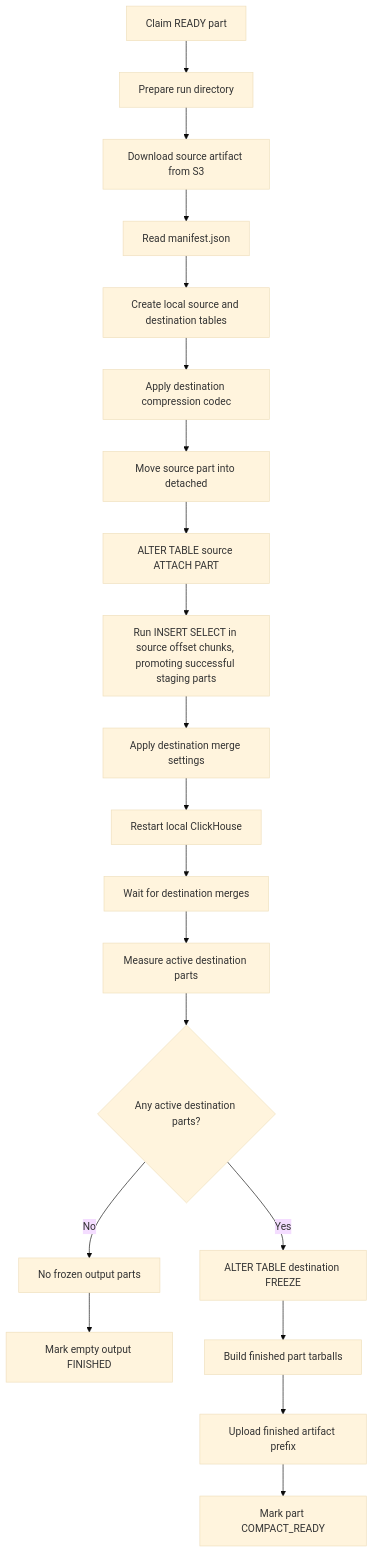
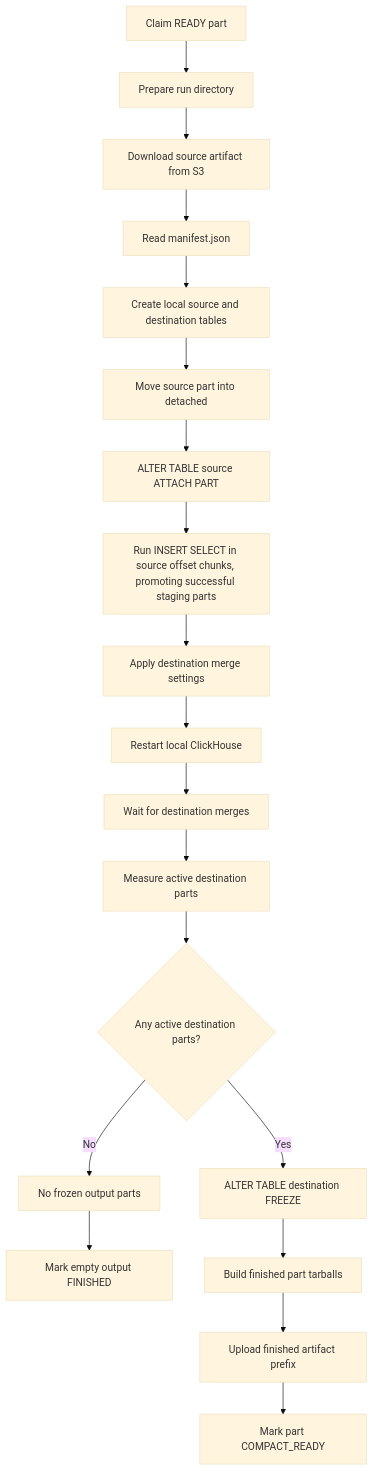
The second of 3 diagrams in docs/rewrite-flow.md (PostHog/partforge), drawn with Mermaid (base theme) before and after one commit. The commit also changed 5 other files, not shown here.

Commit message:
Apply default compression codec override only during compaction

````diff
--- a/docs/rewrite-flow.md
+++ b/docs/rewrite-flow.md
@@ -40,22 +40,21 @@
 ```mermaid
 graph TD
     A[Claim READY part] --> B[Prepare run directory]
     B --> C[Download source artifact from S3]
     C --> D[Read manifest.json]
     D --> E[Create local source and destination tables]
-    E --> F[Apply destination compression codec]
-    F --> G[Move source part into detached]
+    E --> G[Move source part into detached]
     G --> H[ALTER TABLE source ATTACH PART]
     H --> I[Run INSERT SELECT in source offset chunks, promoting successful staging parts]
     I --> J[Apply destination merge settings]
     J --> K[Restart local ClickHouse]
     K --> L[Wait for destination merges]
     L --> P[Measure active destination parts]
     P --> Q{Any active destination parts?}
     Q -- No --> R[No frozen output parts]
     R --> W[Mark empty output FINISHED]
     Q -- Yes --> S[ALTER TABLE destination FREEZE]
     S --> T[Build finished part tarballs]
     T --> U[Upload finished artifact prefix]
     U --> V[Mark part COMPACT_READY]
 ```
````
